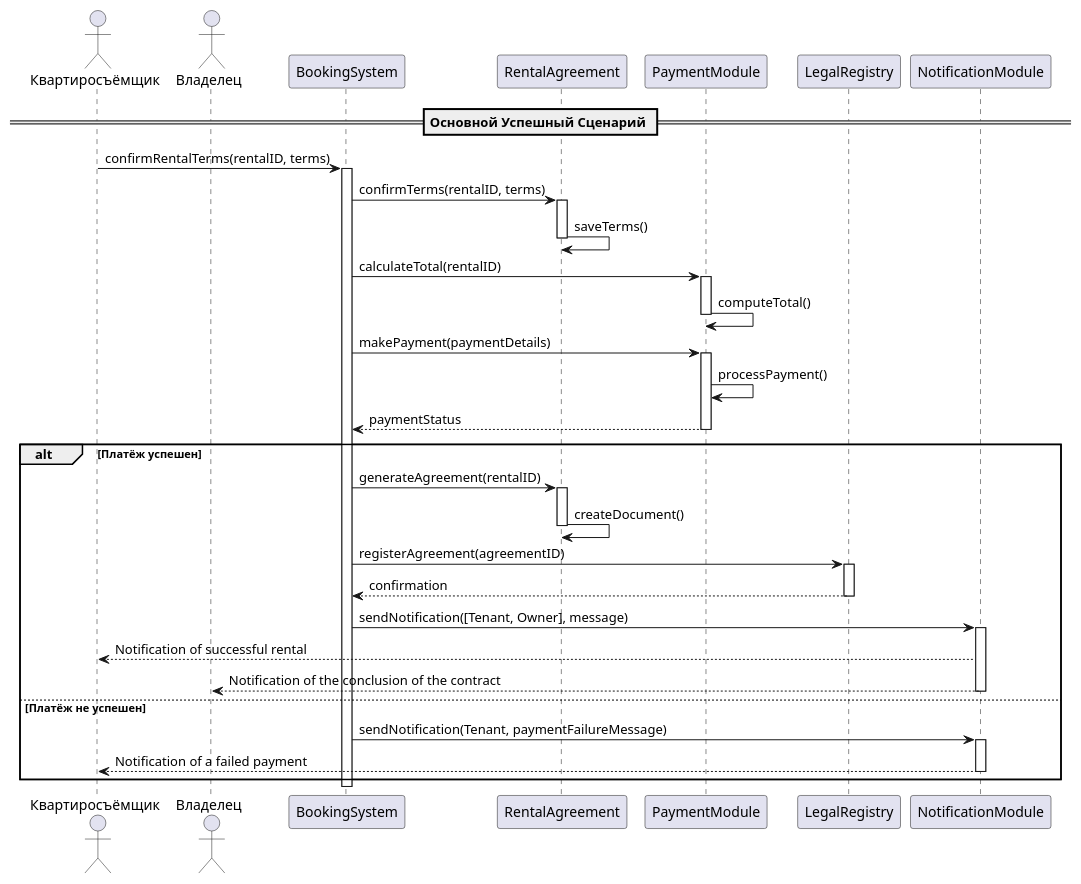
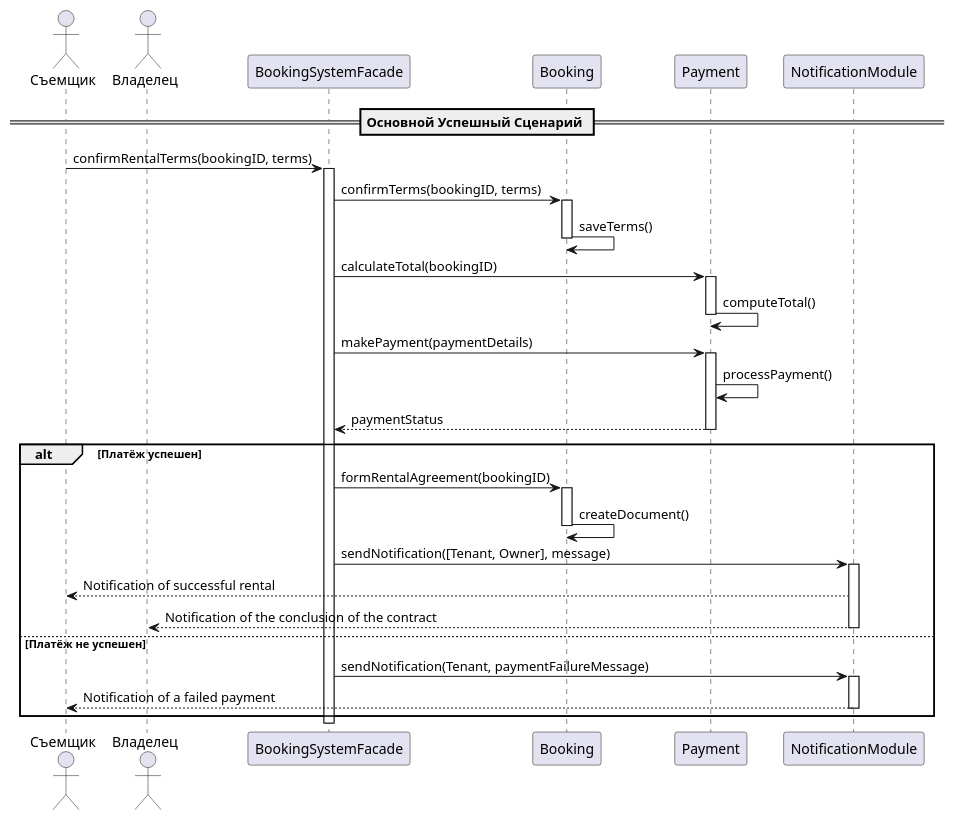
The diagram in precedents/PaymentandRent/SequenceDiagram.md (penamarth/bsbo-01-22_team4_var8), drawn with PlantUML before and after one commit. The commit also changed 3 other files, not shown here.

Commit message:
Fix precedent diagrams

````diff
--- a/precedents/PaymentandRent/SequenceDiagram.md
+++ b/precedents/PaymentandRent/SequenceDiagram.md
@@ -1,60 +1,54 @@
 ```plantuml
 @startuml
 
-actor "Квартиросъёмщик" as Tenant
+actor "Съемщик" as Tenant
 actor "Владелец" as Owner
 
-participant "BookingSystem" as System
-participant "RentalAgreement" as Agreement
-participant "PaymentModule" as Payment
-participant "LegalRegistry" as LegalRegistry
-participant "NotificationModule" as Notifier
+participant "BookingSystemFacade" as System
+participant "Booking" as Agreement
+participant "Payment" as Payment
+participant "NotificationModule" as Notification
 
 == Основной Успешный Сценарий ==
 
-Tenant -> System : confirmRentalTerms(rentalID, terms)
+Tenant -> System : confirmRentalTerms(bookingID, terms)
 activate System
 
-System -> Agreement : confirmTerms(rentalID, terms)
+System -> Agreement : confirmTerms(bookingID, terms)
 activate Agreement
 Agreement -> Agreement : saveTerms()
 deactivate Agreement
 
-System -> Payment : calculateTotal(rentalID)
+System -> Payment : calculateTotal(bookingID)
 activate Payment
 Payment -> Payment : computeTotal()
 deactivate Payment
 
 System -> Payment : makePayment(paymentDetails)
 activate Payment
 Payment -> Payment : processPayment()
 Payment --> System : paymentStatus
 deactivate Payment
 
 alt Платёж успешен
-    System -> Agreement : generateAgreement(rentalID)
+    System -> Agreement : formRentalAgreement(bookingID)
     activate Agreement
     Agreement -> Agreement : createDocument()
     deactivate Agreement
 
-    System -> LegalRegistry : registerAgreement(agreementID)
-    activate LegalRegistry
-    LegalRegistry --> System : confirmation
-    deactivate LegalRegistry
-
-    System -> Notifier : sendNotification([Tenant, Owner], message)
-    activate Notifier
-    Notifier --> Tenant : Notification of successful rental
-    Notifier --> Owner : Notification of the conclusion of the contract
-    deactivate Notifier
+    System -> Notification : sendNotification([Tenant, Owner], message)
+    activate Notification
+    Notification --> Tenant : Notification of successful rental
+    Notification --> Owner : Notification of the conclusion of the contract
+    deactivate Notification
 else Платёж не успешен
-    System -> Notifier : sendNotification(Tenant, paymentFailureMessage)
-    activate Notifier
-    Notifier --> Tenant : Notification of a failed payment
-    deactivate Notifier
+    System -> Notification : sendNotification(Tenant, paymentFailureMessage)
+    activate Notification
+    Notification --> Tenant : Notification of a failed payment
+    deactivate Notification
 end
 
 deactivate System
 
 @enduml
 ```
````
